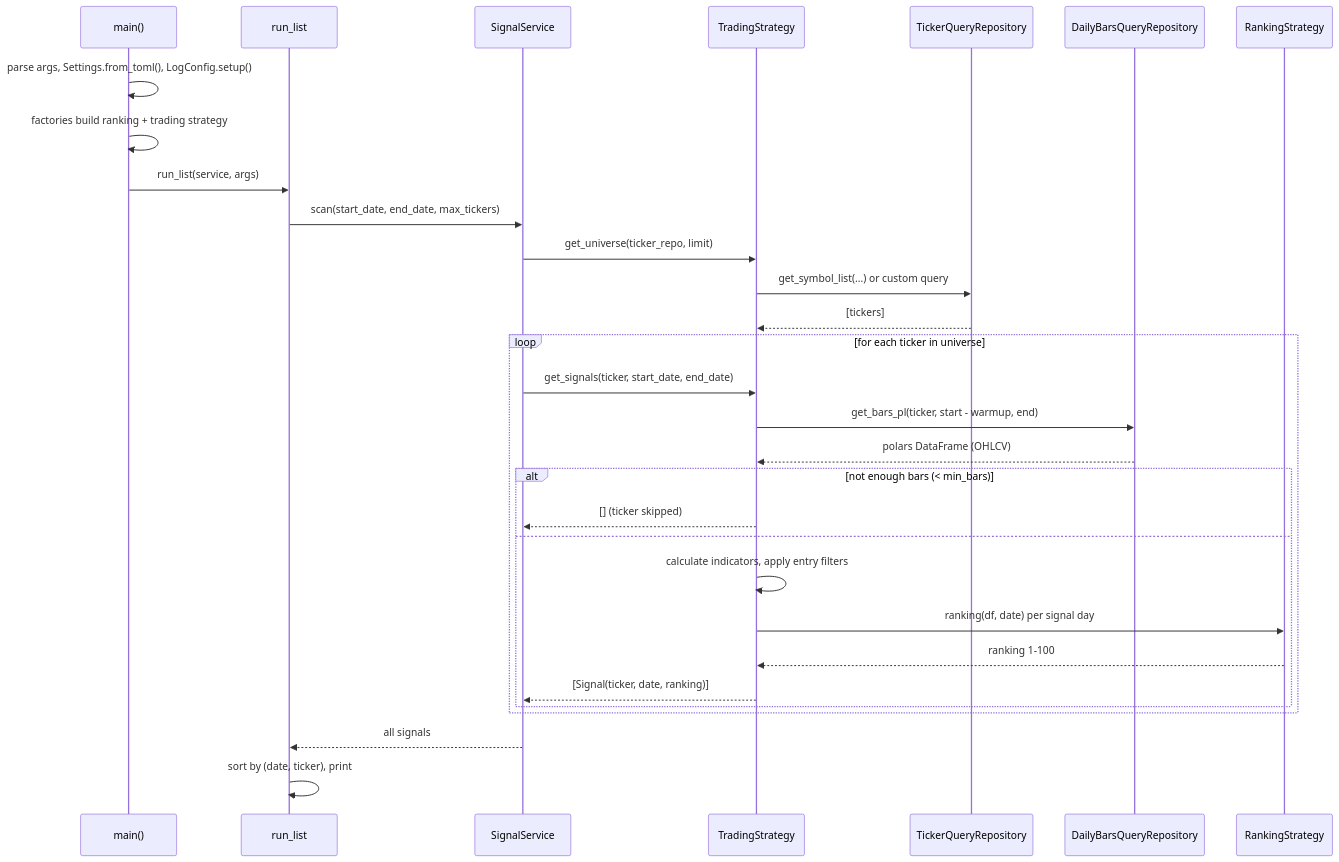
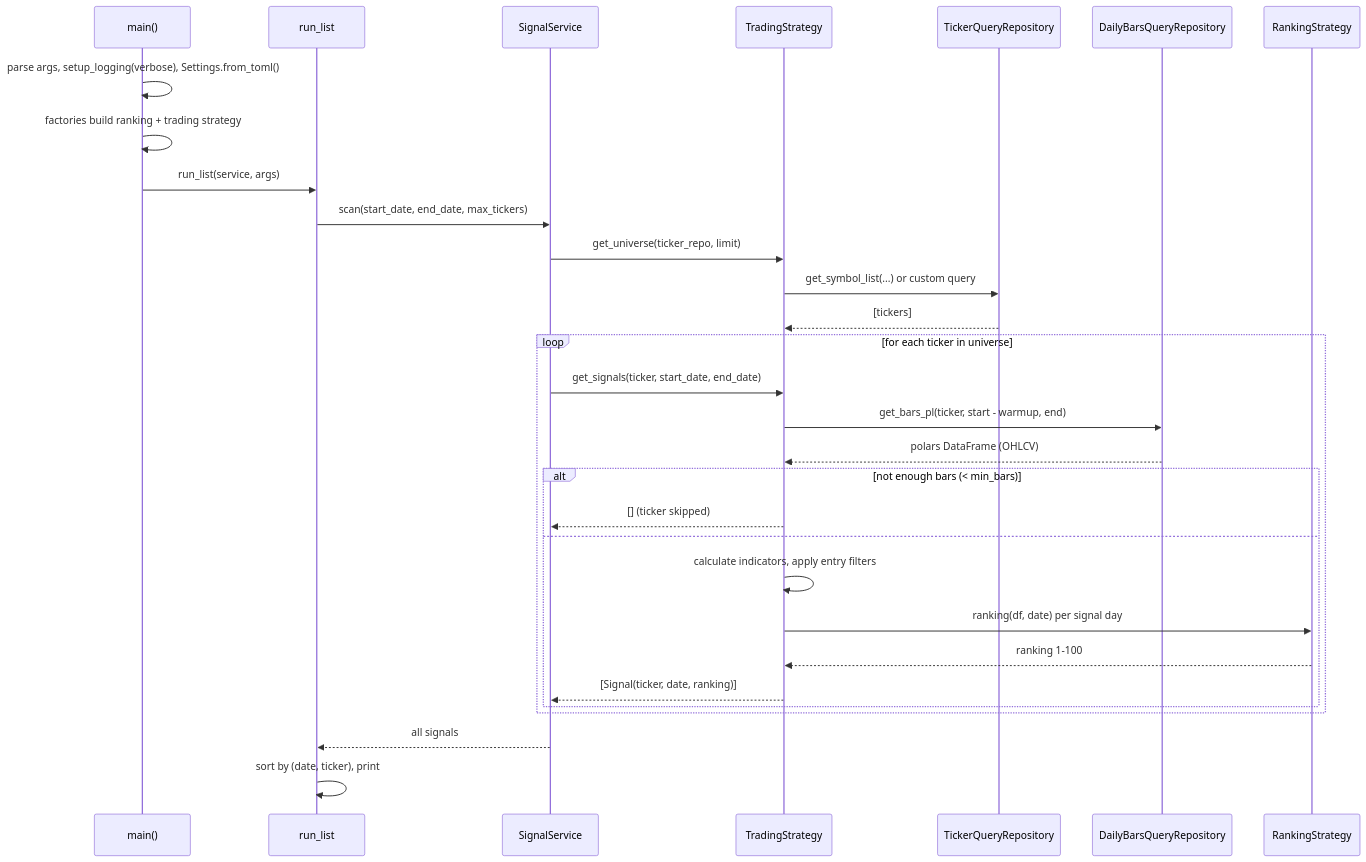
Before and after one commit to jaaknt/turtle-backtest: the second of 2 diagrams in docs/signal_runner.md, drawn with Mermaid. The commit also changed 16 other files, not shown here.

````diff
--- a/docs/signal_runner.md
+++ b/docs/signal_runner.md
@@ -45,33 +45,33 @@
 ```mermaid
 sequenceDiagram
     participant M as main()
     participant H as run_list
     participant S as SignalService
     participant T as TradingStrategy
     participant TR as TickerQueryRepository
     participant BR as DailyBarsQueryRepository
     participant R as RankingStrategy
 
-    M->>M: parse args, Settings.from_toml(), LogConfig.setup()
+    M->>M: parse args, setup_logging(verbose), Settings.from_toml()
     M->>M: factories build ranking + trading strategy
     M->>H: run_list(service, args)
     H->>S: scan(start_date, end_date, max_tickers)
     S->>T: get_universe(ticker_repo, limit)
     T->>TR: get_symbol_list(...) or custom query
     TR-->>T: [tickers]
     loop for each ticker in universe
         S->>T: get_signals(ticker, start_date, end_date)
         T->>BR: get_bars_pl(ticker, start - warmup, end)
         BR-->>T: polars DataFrame (OHLCV)
         alt not enough bars (< min_bars)
             T-->>S: [] (ticker skipped)
         else
             T->>T: calculate indicators, apply entry filters
             T->>R: ranking(df, date) per signal day
             R-->>T: ranking 1-100
             T-->>S: [Signal(ticker, date, ranking)]
         end
     end
     S-->>H: all signals
     H->>H: sort by (date, ticker), print
 ```
````
